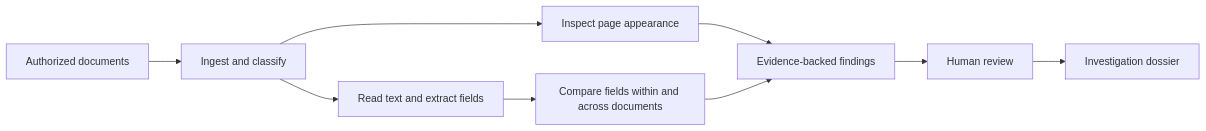
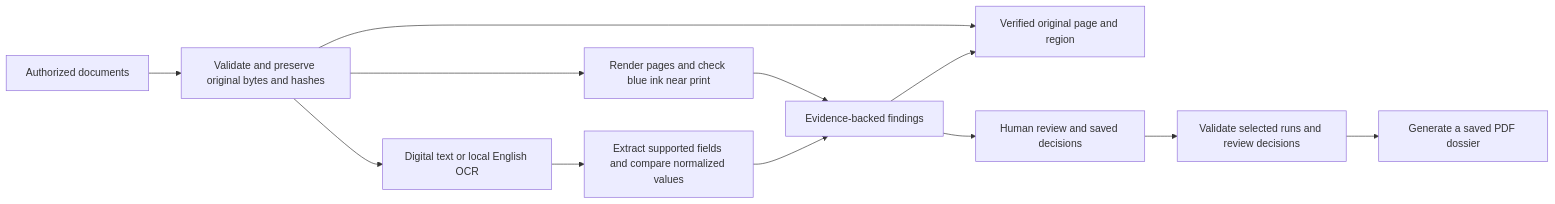
Before and after one commit to HimasaiGandham/ScopeGuard-AI: the diagram in docs/architecture.md, drawn with Mermaid. The commit also changed other lines of this file and 14 other files, not shown here.

````diff
--- a/docs/architecture.md
+++ b/docs/architecture.md
@@ -7,11 +7,14 @@
 ```mermaid
 flowchart LR
-    A[Authorized documents] --> B[Ingest and classify]
-    B --> C[Read text and extract fields]
-    B --> D[Inspect page appearance]
-    C --> E[Compare fields within and across documents]
+    A[Authorized documents] --> B[Validate and preserve original bytes and hashes]
+    B --> C[Digital text or local English OCR]
+    B --> D[Render pages and check blue ink near print]
+    C --> E[Extract supported fields and compare normalized values]
     D --> F[Evidence-backed findings]
     E --> F
-    F --> G[Human review]
-    G --> H[Investigation dossier]
+    B --> I[Verified original page and region]
+    F --> I
+    F --> G[Human review and saved decisions]
+    G --> H[Validate selected runs and review decisions]
+    H --> J[Generate a saved PDF dossier]
 ```
````
